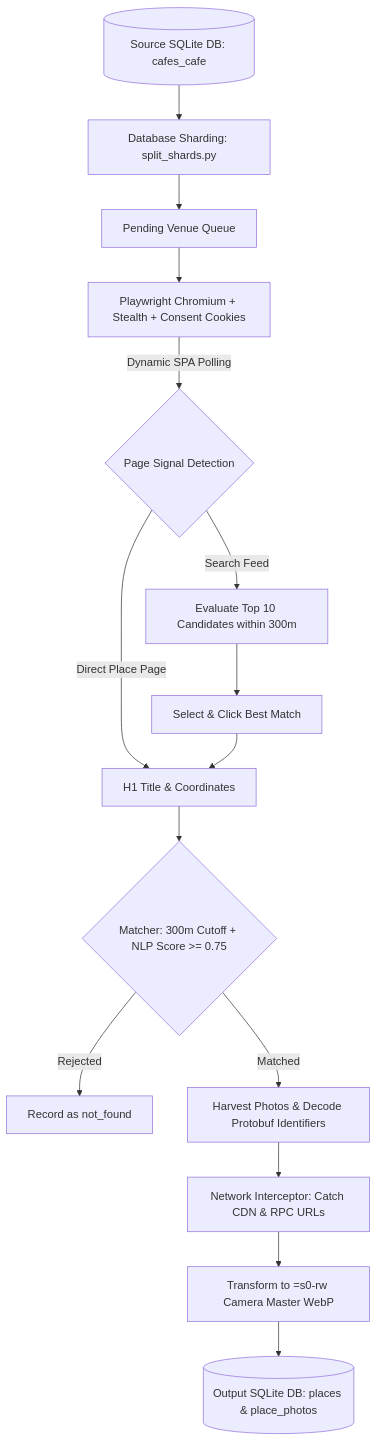
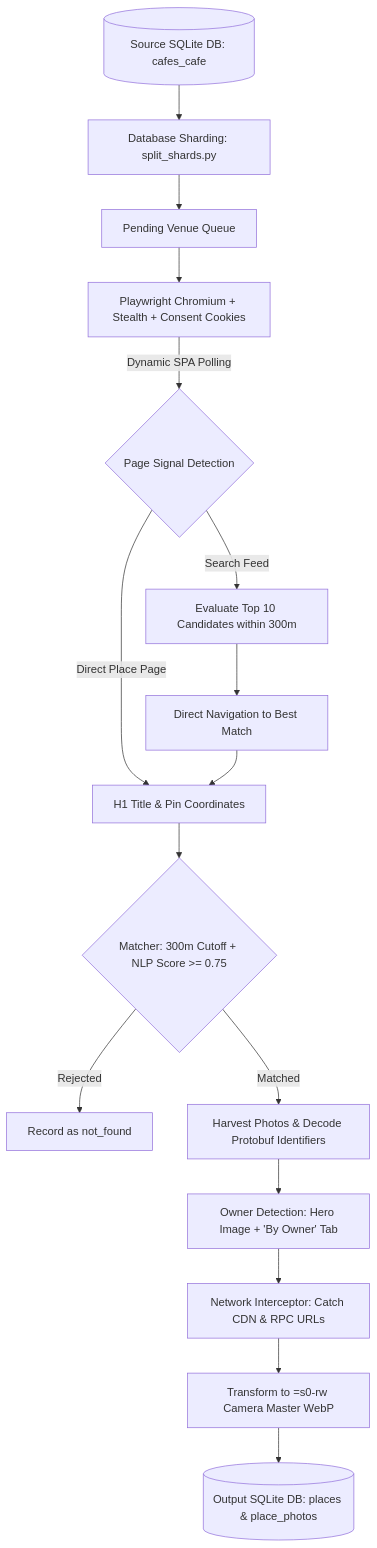
One commit to osumy/mapify changed the diagram in README.md. Above: the diagram before and after it, drawn with Mermaid. The commit also changed other lines of this file and 1 other file, not shown here.

Commit message:
docs: update README with owner photo schema and harden Kaggle notebook

````diff
--- a/README.md
+++ b/README.md
@@ -38,17 +40,18 @@
 ```mermaid
 flowchart TD
     DB[(Source SQLite DB: cafes_cafe)] --> SPLIT[Database Sharding: split_shards.py]
     SPLIT --> BATCH[Pending Venue Queue]
     BATCH --> BROWSER[Playwright Chromium + Stealth + Consent Cookies]
     BROWSER -->|Dynamic SPA Polling| SIGNAL{Page Signal Detection}
-    SIGNAL -->|Direct Place Page| DIRECT[H1 Title & Coordinates]
+    SIGNAL -->|Direct Place Page| DIRECT[H1 Title & Pin Coordinates]
     SIGNAL -->|Search Feed| FEED[Evaluate Top 10 Candidates within 300m]
-    FEED --> CLICK[Select & Click Best Match]
+    FEED --> CLICK[Direct Navigation to Best Match]
     CLICK --> DIRECT
     DIRECT --> MATCH{Matcher: 300m Cutoff + NLP Score >= 0.75}
     MATCH -->|Rejected| REJECT[Record as not_found]
     MATCH -->|Matched| HARVEST[Harvest Photos & Decode Protobuf Identifiers]
-    HARVEST --> NET[Network Interceptor: Catch CDN & RPC URLs]
+    HARVEST --> OWNER[Owner Detection: Hero Image + 'By Owner' Tab]
+    OWNER --> NET[Network Interceptor: Catch CDN & RPC URLs]
     NET --> MOD[Transform to =s0-rw Camera Master WebP]
     MOD --> OUT[(Output SQLite DB: places & place_photos)]
 ```
````
